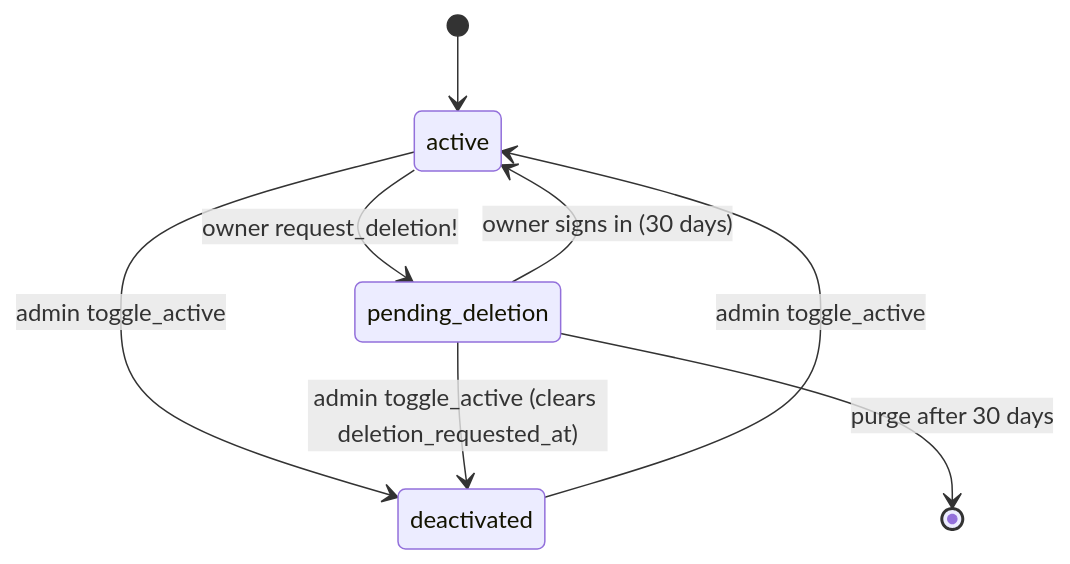
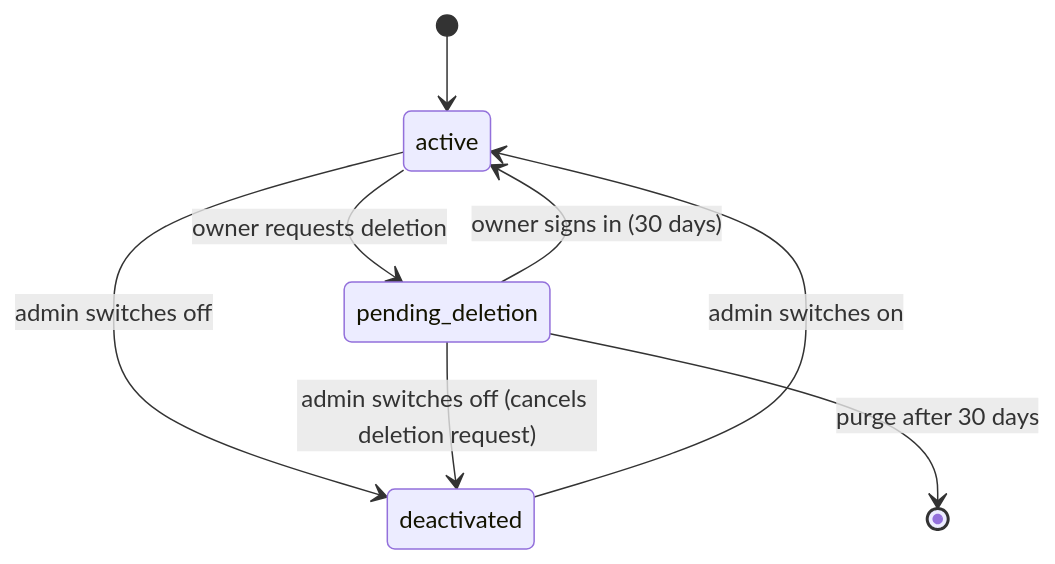
The diagram in wiki/admin-and-moderation.md (alexcastrodev/shortener), drawn with Mermaid before and after one commit. The commit also changed other lines of this file and 13 other files, not shown here.

````diff
--- a/wiki/admin-and-moderation.md
+++ b/wiki/admin-and-moderation.md
@@ -218,10 +196,10 @@
 ```mermaid
 stateDiagram-v2
   [*] --> active
-  active --> deactivated: admin toggle_active
-  deactivated --> active: admin toggle_active
-  active --> pending_deletion: owner request_deletion!
+  active --> deactivated: admin switches off
+  deactivated --> active: admin switches on
+  active --> pending_deletion: owner requests deletion
   pending_deletion --> active: owner signs in (30 days)
-  pending_deletion --> deactivated: admin toggle_active (clears deletion_requested_at)
+  pending_deletion --> deactivated: admin switches off (cancels deletion request)
   pending_deletion --> [*]: purge after 30 days
 ```
````
